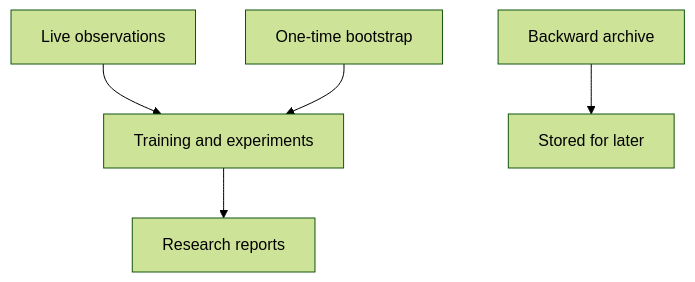
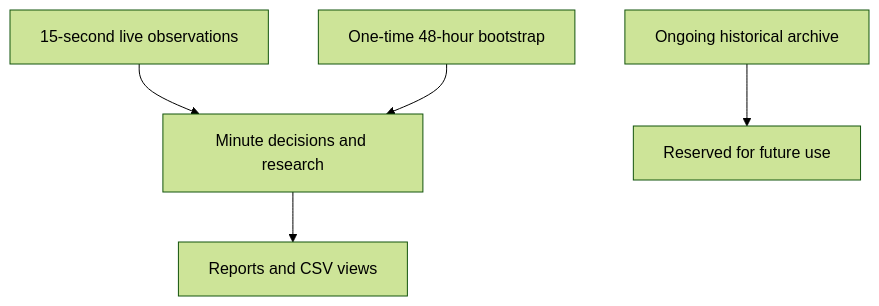
The diagram in docs/OPERATIONS.md (cheeseonamonkey/PaperLab), drawn with Mermaid (forest theme) before and after one commit. The commit also changed other lines of this file and 5 other files, not shown here.

Commit message:
Document execution limits and research roadmap

````diff
--- a/docs/OPERATIONS.md
+++ b/docs/OPERATIONS.md
@@ -3,7 +22,7 @@
 ```mermaid
 flowchart TD
-    Live["Live observations"] --> Train["Training and experiments"]
-    Bootstrap["One-time bootstrap"] --> Train
-    Archive["Backward archive"] --> Stored["Stored for later"]
-    Train --> Reports["Research reports"]
+  Live["15-second live observations"] --> Train["Minute decisions and research"]
+  Seed["One-time 48-hour bootstrap"] --> Train
+  Archive["Ongoing historical archive"] --> Later["Reserved for future use"]
+  Train --> Docs["Reports and CSV views"]
 ```
````
